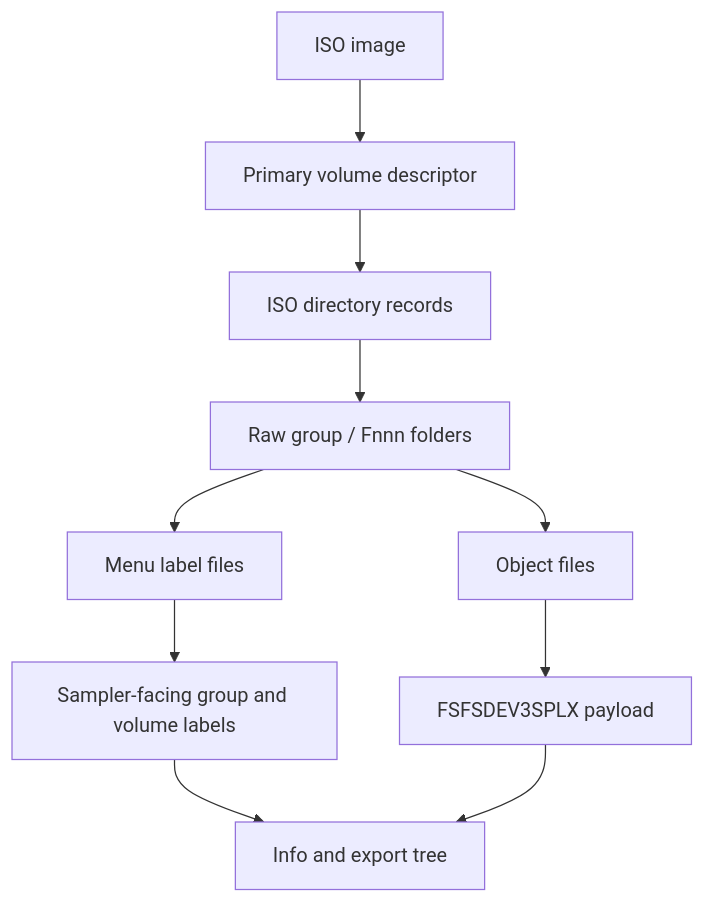
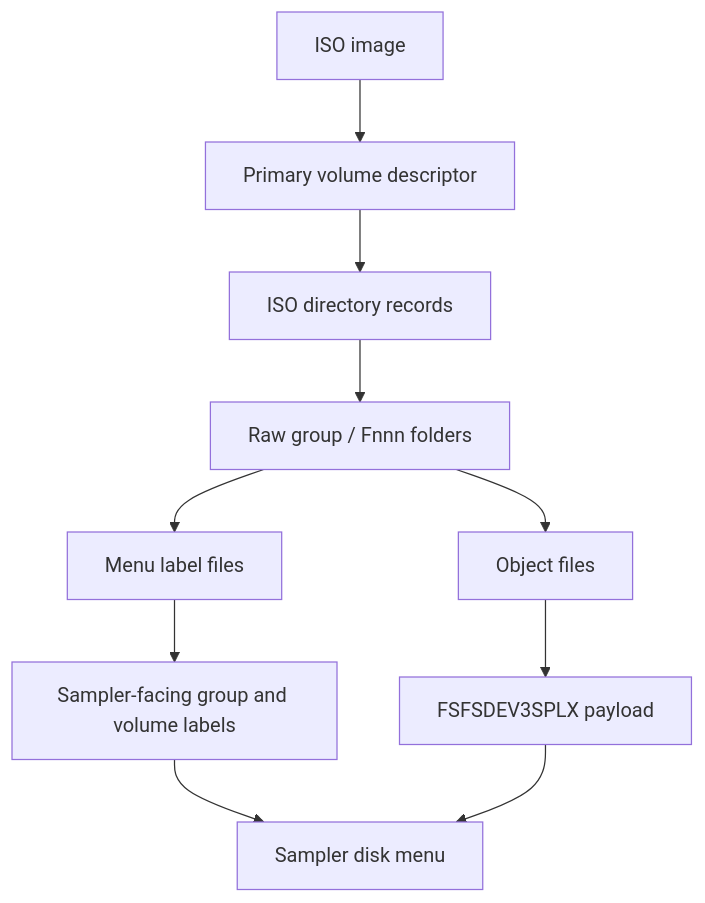
The diagram in docs/axklib/cdrom.md (tphzz/axklib), drawn with Mermaid before and after one commit. The commit also changed other lines of this file and 710 other files, not shown here.

````diff
--- a/docs/axklib/cdrom.md
+++ b/docs/axklib/cdrom.md
@@ -13,12 +12,12 @@
 ```mermaid
 flowchart TD
   iso[ISO image] --> pvd[Primary volume descriptor]
   pvd --> dirs[ISO directory records]
   dirs --> raw[Raw group / Fnnn folders]
   raw --> menu[Menu label files]
   raw --> obj[Object files]
   menu --> labels[Sampler-facing group and volume labels]
   obj --> payload[FSFSDEV3SPLX payload]
-  labels --> tree[Info and export tree]
+  labels --> tree[Sampler disk menu]
   payload --> tree
 ```
````
